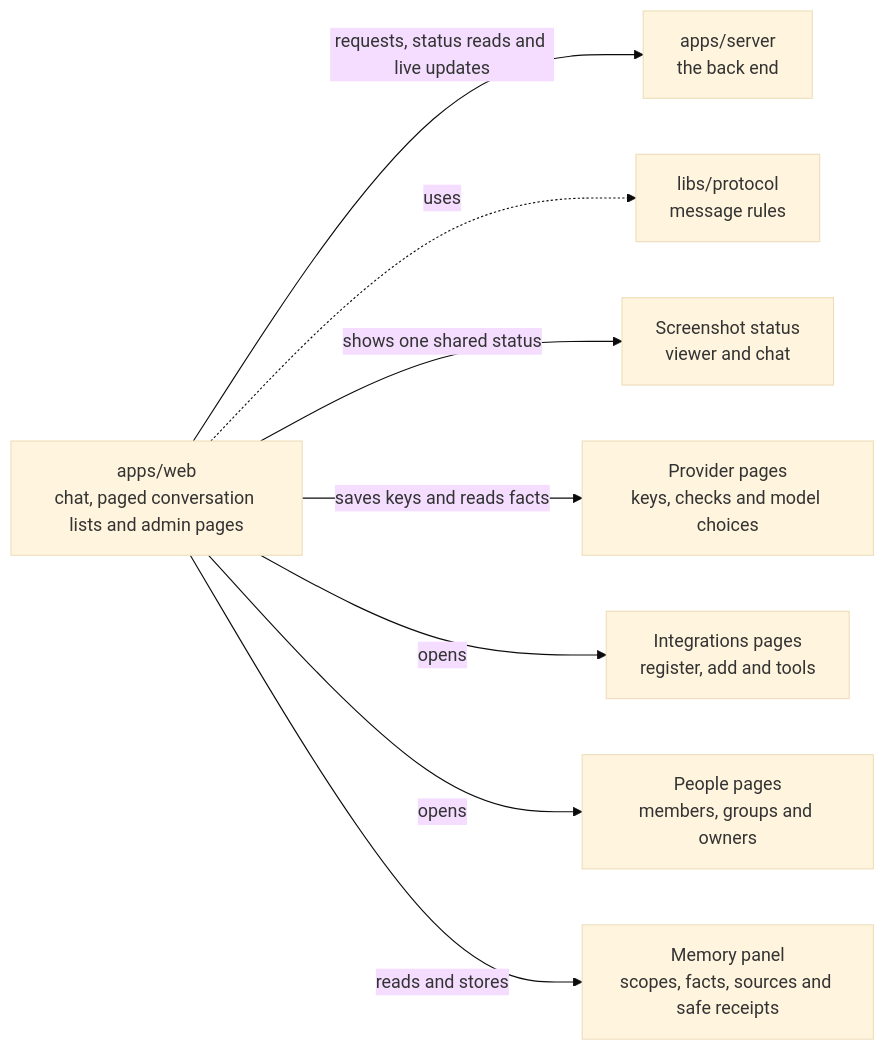
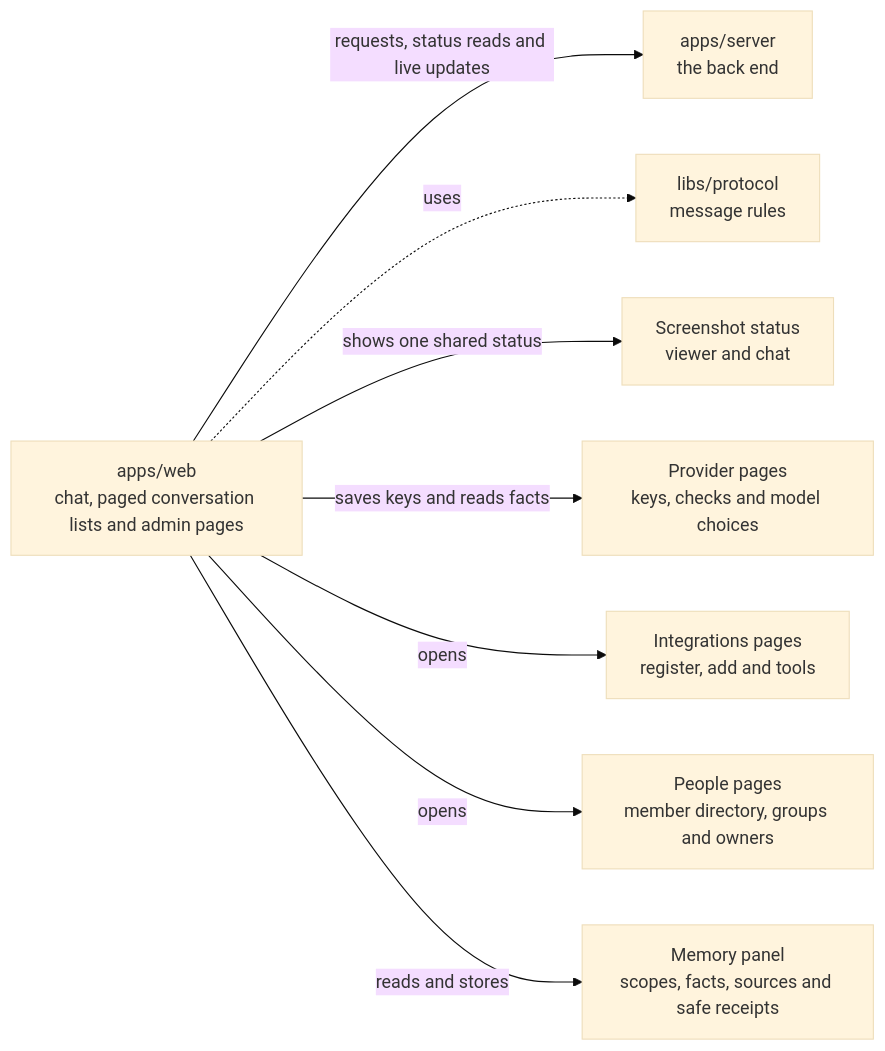
The diagram in apps/web/README.md (elewa-git/opencrane-new), drawn with Mermaid (base theme) before and after one commit. The commit also changed other lines of this file and 35 other files, not shown here.

Commit message:
👥 Add member directory and current management flags

````diff
--- a/apps/web/README.md
+++ b/apps/web/README.md
@@ -11,10 +11,10 @@
 ```mermaid
 flowchart LR
   web["apps/web<br/>chat, paged conversation lists and admin pages"] -->|requests, status reads and live updates| server["apps/server<br/>the back end"]
   web -.->|uses| protocol["libs/protocol<br/>message rules"]
   web -->|shows one shared status| capture["Screenshot status<br/>viewer and chat"]
   web -->|saves keys and reads facts| providers["Provider pages<br/>keys, checks and model choices"]
   web -->|opens| integrations["Integrations pages<br/>register, add and tools"]
-  web -->|opens| people["People pages<br/>members, groups and owners"]
+  web -->|opens| people["People pages<br/>member directory, groups and owners"]
   web -->|reads and stores| memory["Memory panel<br/>scopes, facts, sources and safe receipts"]
 ```
````
